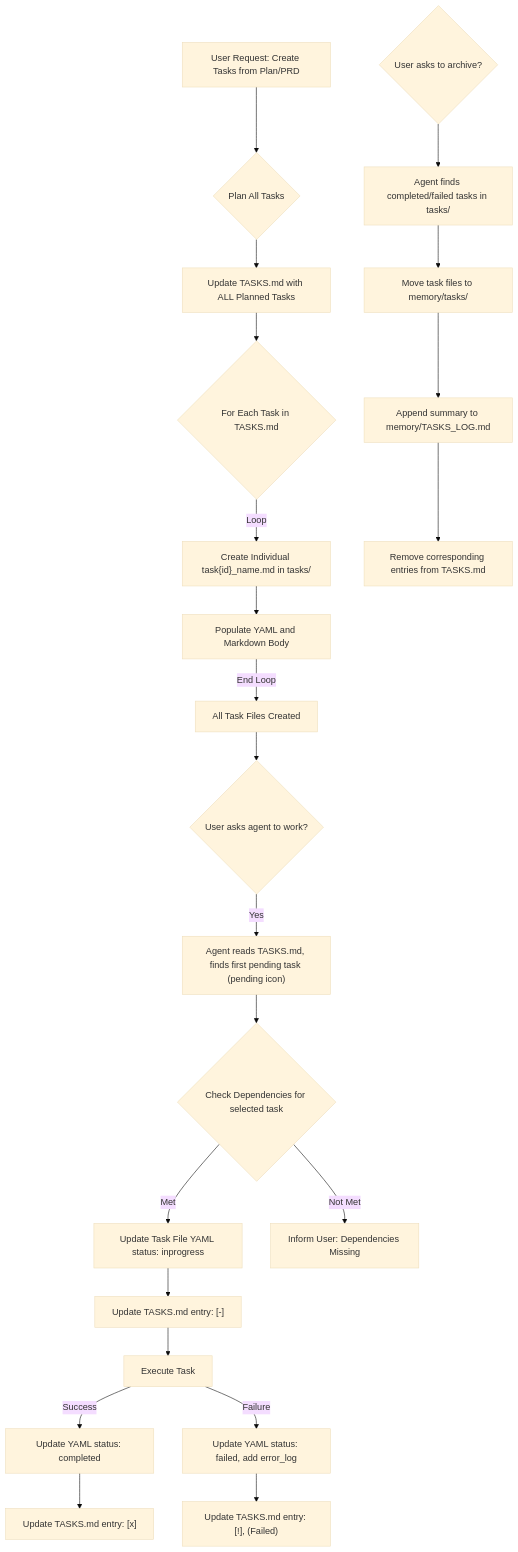
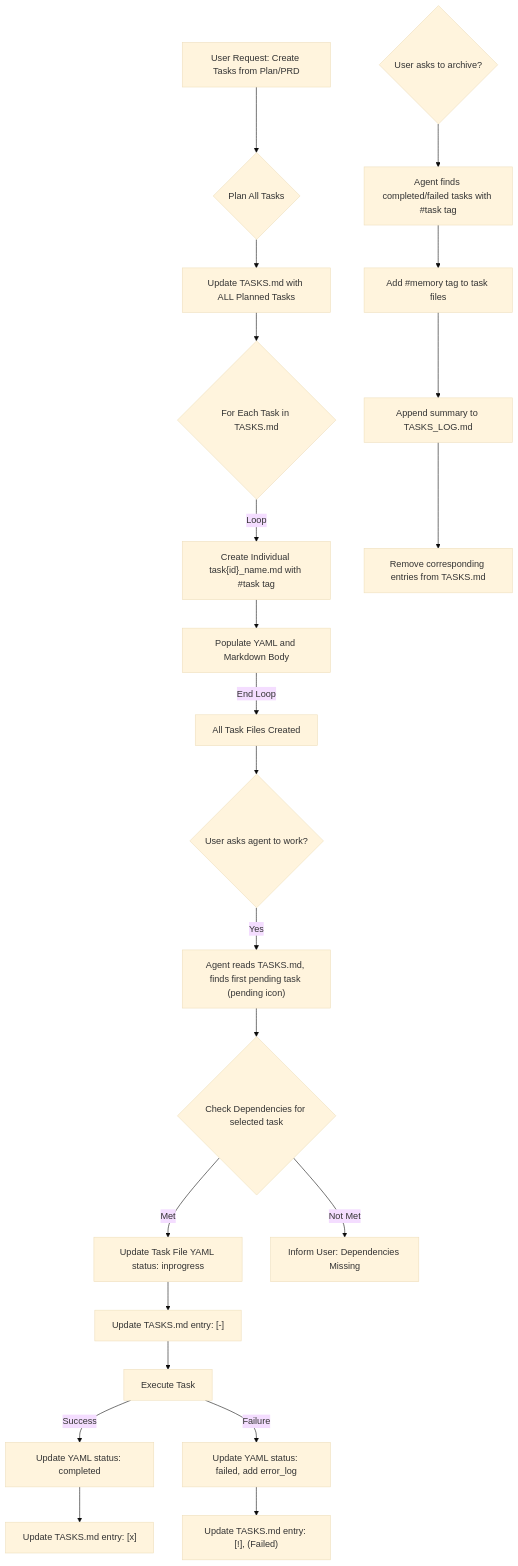
The diagram in tasks.mdc (iannuttall/task-magic), drawn with Mermaid (base theme) before and after one commit. The commit also changed other lines of this file, not shown here.

First line of the commit message:
Update tasks.mdc for flat file structure with hashtags

````diff
--- a/tasks.mdc
+++ b/tasks.mdc
@@ -271,24 +279,24 @@
 ```mermaid
 graph TD
     A[User Request: Create Tasks from Plan/PRD] --> B{Plan All Tasks};
     B --> C["Update TASKS.md with ALL Planned Tasks"];
     C --> D{For Each Task in TASKS.md};
-    D -- Loop --> E["Create Individual task{id}_name.md in tasks/"];
+    D -- Loop --> E["Create Individual task{id}_name.md with #task tag"];
     E --> F["Populate YAML and Markdown Body"];
     F -- End Loop --> G[All Task Files Created];
     G --> H{User asks agent to work?};
     H -- Yes --> I["Agent reads TASKS.md, finds first pending task (pending icon)"];
     I --> J{Check Dependencies for selected task};
     J -- Met --> K["Update Task File YAML status: inprogress"];
     K --> L["Update TASKS.md entry: [-]"];
     L --> M[Execute Task];
     M -- Success --> N["Update YAML status: completed"];
     N --> O["Update TASKS.md entry: [x]"];
     M -- Failure --> P["Update YAML status: failed, add error_log"];
     P --> Q["Update TASKS.md entry: [!], (Failed)"];
     J -- Not Met --> R[Inform User: Dependencies Missing];
-    S{User asks to archive?} --> T["Agent finds completed/failed tasks in tasks/"];
-    T --> U["Move task files to memory/tasks/"];
-    U --> V["Append summary to memory/TASKS_LOG.md"];
+    S{User asks to archive?} --> T["Agent finds completed/failed tasks with #task tag"];
+    T --> U["Add #memory tag to task files"];
+    U --> V["Append summary to TASKS_LOG.md"];
     V --> W["Remove corresponding entries from TASKS.md"];
 ```
````
